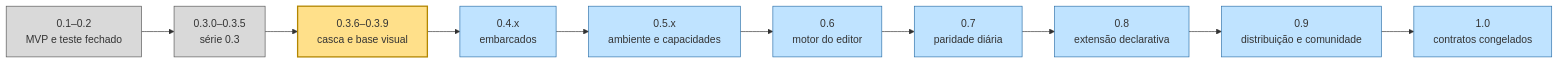
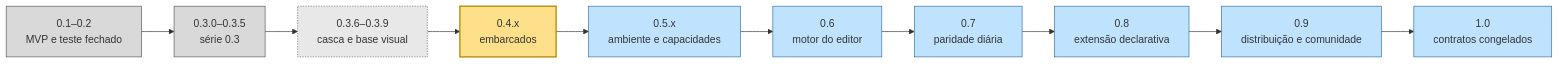
Before and after one commit to ViktorWalde/KineinVectis: the diagram in DocsPublic/roadmaps/57-mapa-de-versoes-ate-a-1.0.md, drawn with Mermaid. The commit also changed other lines of this file and 6 other files, not shown here.

````diff
--- a/DocsPublic/roadmaps/57-mapa-de-versoes-ate-a-1.0.md
+++ b/DocsPublic/roadmaps/57-mapa-de-versoes-ate-a-1.0.md
@@ -27,16 +27,17 @@
 ```mermaid
 flowchart LR
   v02["0.1–0.2<br/>MVP e teste fechado"]:::done --> v03["0.3.0–0.3.5<br/>série 0.3"]:::done
-  v03 --> v036["0.3.6–0.3.9<br/>casca e base visual"]:::now
-  v036 --> v04["0.4.x<br/>embarcados"]:::planned
+  v03 --> v036["0.3.6–0.3.9<br/>casca e base visual"]:::checkout
+  v036 --> v04["0.4.x<br/>embarcados"]:::now
   v04 --> v05["0.5.x<br/>ambiente e capacidades"]:::planned
   v05 --> v06["0.6<br/>motor do editor"]:::planned
   v06 --> v07["0.7<br/>paridade diária"]:::planned
   v07 --> v08["0.8<br/>extensão declarativa"]:::planned
   v08 --> v09["0.9<br/>distribuição e comunidade"]:::planned
   v09 --> v10["1.0<br/>contratos congelados"]:::planned
   classDef done fill:#d9d9d9,stroke:#555
   classDef now fill:#ffe08a,stroke:#b38600,stroke-width:2px
   classDef planned fill:#bfe3ff,stroke:#2a6fa8
+  classDef checkout fill:#e8e8e8,stroke:#666,stroke-dasharray:2 2
   classDef proposed fill:#ffffff,stroke:#888,stroke-dasharray:5 4
 ```
````
